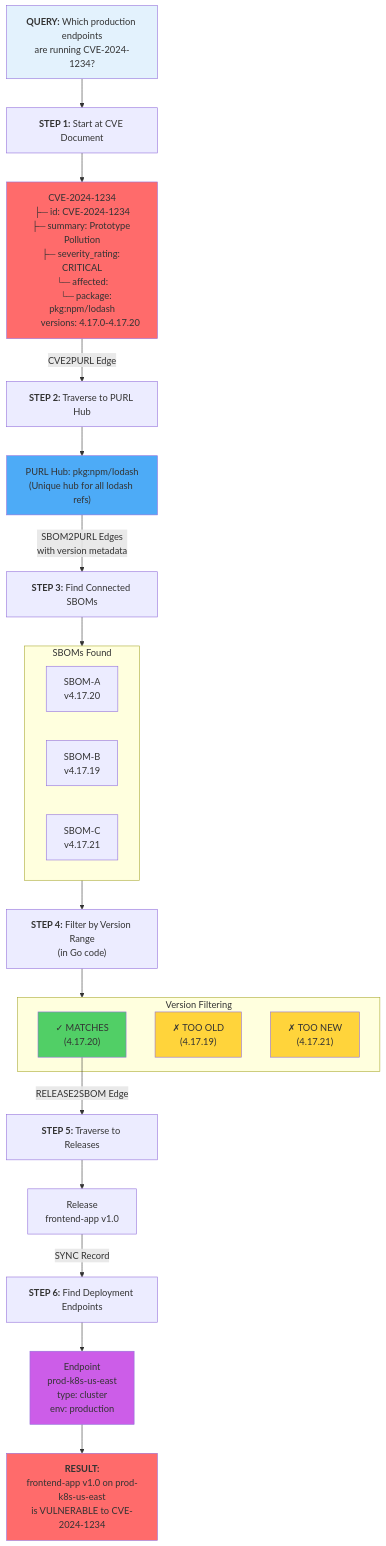
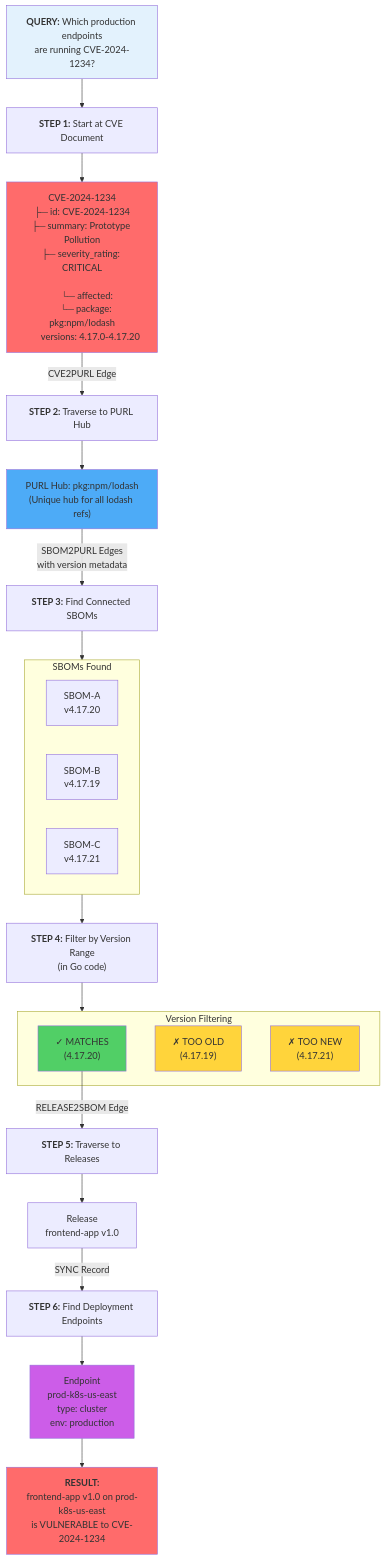
One commit to ortelius/cve2release-tracker changed the sixth of 23 diagrams in design.md. Above: the diagram before and after it, drawn with Mermaid. The commit also changed other lines of this file, not shown here.

````diff
--- a/design.md
+++ b/design.md
@@ -363,45 +363,46 @@
 ```mermaid
 flowchart TB
     Start["<b>QUERY:</b> Which production endpoints<br/>are running CVE-2024-1234?"] --> Step1
     
     Step1["<b>STEP 1:</b> Start at CVE Document"] --> CVE
-    CVE["CVE-2024-1234<br/>├─ id: CVE-2024-1234<br/>├─ summary: Prototype Pollution<br/>├─ severity_rating: CRITICAL<br/>└─ affected:<br/>    └─ package: pkg:npm/lodash<br/>       versions: 4.17.0-4.17.20"]
+    CVE["CVE-2024-1234<br/>├─ id: CVE-2024-1234<br/>├─ summary: Prototype Pollution<br/>├─ severity_rating: CRITICAL<br/>
+    └─ affected:<br/>    └─ package: pkg:npm/lodash<br/>       versions: 4.17.0-4.17.20"]
     
     CVE -->|CVE2PURL Edge| Step2["<b>STEP 2:</b> Traverse to PURL Hub"]
     Step2 --> PURL["PURL Hub: pkg:npm/lodash<br/>(Unique hub for all lodash refs)"]
     
     PURL -->|SBOM2PURL Edges<br/>with version metadata| Step3["<b>STEP 3:</b> Find Connected SBOMs"]
     
     Step3 --> SBOMs
     subgraph SBOMs["SBOMs Found"]
         SBOM_A["SBOM-A<br/>v4.17.20"]
         SBOM_B["SBOM-B<br/>v4.17.19"]
         SBOM_C["SBOM-C<br/>v4.17.21"]
     end
     
     SBOMs --> Step4["<b>STEP 4:</b> Filter by Version Range<br/>(in Go code)"]
     
     Step4 --> Filters
     subgraph Filters["Version Filtering"]
         Filter_A["✓ MATCHES<br/>(4.17.20)"]
         Filter_B["✗ TOO OLD<br/>(4.17.19)"]
         Filter_C["✗ TOO NEW<br/>(4.17.21)"]
     end
     
     Filter_A -->|RELEASE2SBOM Edge| Step5["<b>STEP 5:</b> Traverse to Releases"]
     Step5 --> REL["Release<br/>frontend-app v1.0"]
     
     REL -->|SYNC Record| Step6["<b>STEP 6:</b> Find Deployment Endpoints"]
     Step6 --> EP["Endpoint<br/>prod-k8s-us-east<br/>type: cluster<br/>env: production"]
     
     EP --> Result["<b>RESULT:</b><br/>frontend-app v1.0 on prod-k8s-us-east<br/>is VULNERABLE to CVE-2024-1234"]
     
     style Start fill:#e3f2fd
     style CVE fill:#ff6b6b
     style PURL fill:#4dabf7
     style Filter_A fill:#51cf66
     style Filter_B fill:#ffd43b
     style Filter_C fill:#ffd43b
     style EP fill:#cc5de8
     style Result fill:#ff6b6b
 ```
````
